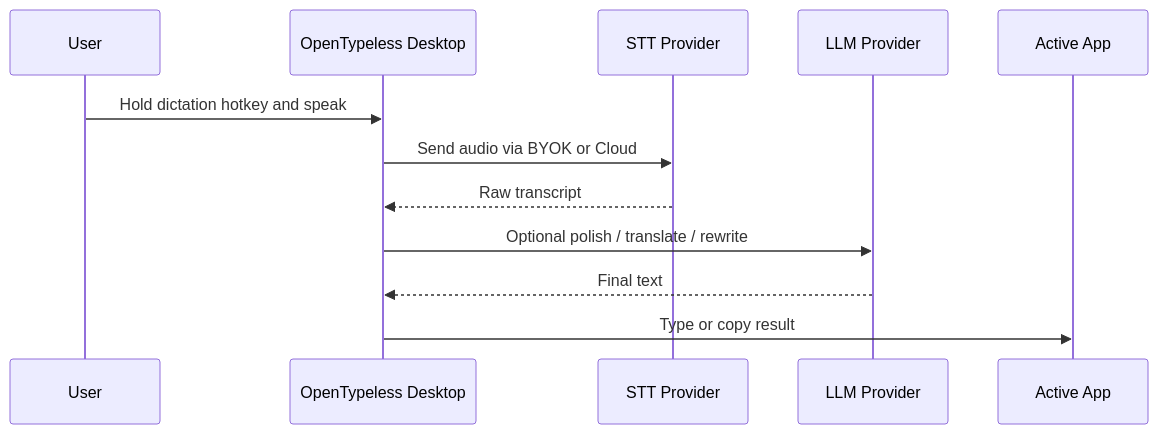
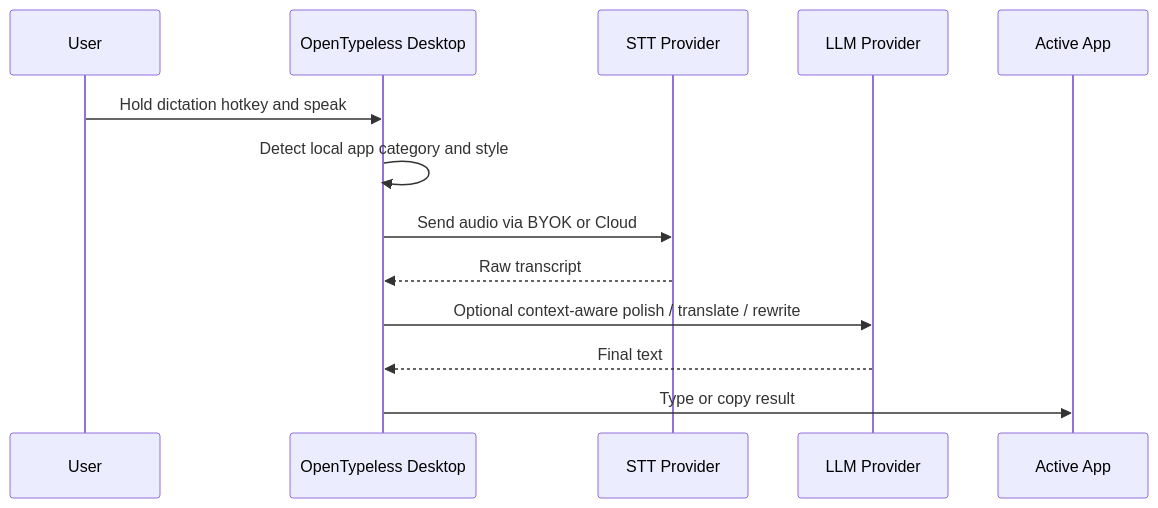
One commit to dghd7639-netizen/penfall changed the second of 3 diagrams in README.md. Above: the diagram before and after it, drawn with Mermaid. The commit also changed other lines of this file and 3 other files, not shown here.

````diff
--- a/README.md
+++ b/README.md
@@ -150,15 +173,16 @@
 ```mermaid
 sequenceDiagram
   participant User
   participant Desktop as OpenTypeless Desktop
   participant STT as STT Provider
   participant LLM as LLM Provider
   participant App as Active App
 
   User->>Desktop: Hold dictation hotkey and speak
+  Desktop->>Desktop: Detect local app category and style
   Desktop->>STT: Send audio via BYOK or Cloud
   STT-->>Desktop: Raw transcript
-  Desktop->>LLM: Optional polish / translate / rewrite
+  Desktop->>LLM: Optional context-aware polish / translate / rewrite
   LLM-->>Desktop: Final text
   Desktop->>App: Type or copy result
 ```
````
